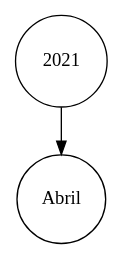
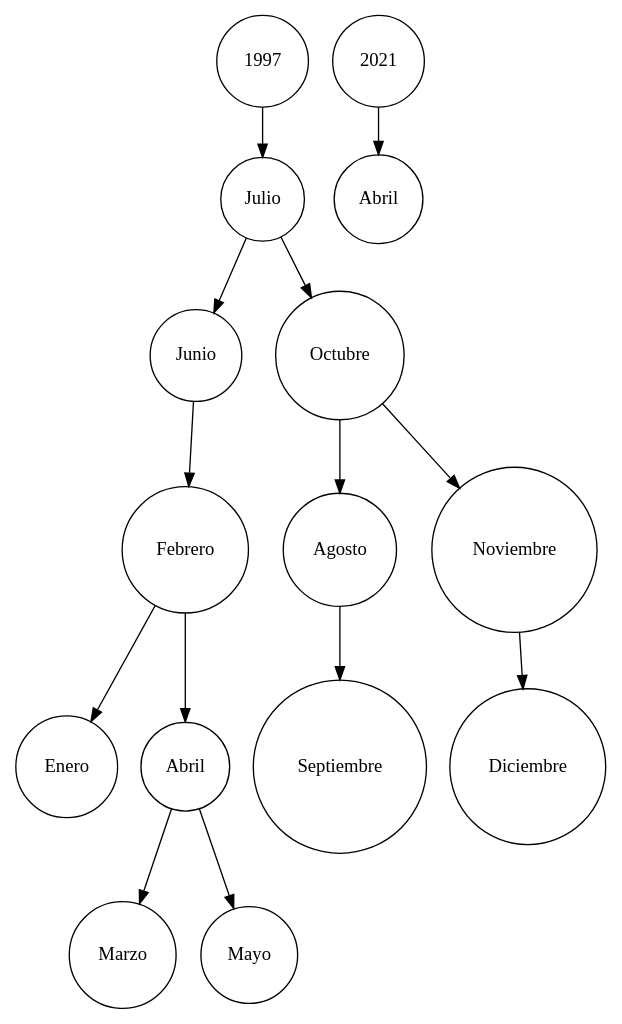
The diagram in Proyecto1/diagramaAVLMeses.dot (DiegoPabloPA/EDD_VirtualMall_201900226), drawn with Graphviz before and after one commit. The commit also changed 29 other files, not shown here.

```diff
--- a/Proyecto1/diagramaAVLMeses.dot
+++ b/Proyecto1/diagramaAVLMeses.dot
@@ -1,9 +1,37 @@
 digraph G{
 node[shape=circle];
-NodoRaiz[label="2021"];
+NodoRaiz[label="1997"];
 subgraph meses{
     style = rounded;
-NodRaiz[label="Abril"];
+NodRaiz[label="Julio"];
+Nodo1[label="Junio"];
+NodRaiz->Nodo1;
+Nodo2[label="Febrero"];
+Nodo1->Nodo2;
+Nodo3[label="Enero"];
+Nodo2->Nodo3;
+Nodo4[label="Abril"];
+Nodo2->Nodo4;
+Nodo5[label="Marzo"];
+Nodo4->Nodo5;
+Nodo6[label="Mayo"];
+Nodo4->Nodo6;
+Nodo7[label="Octubre"];
+NodRaiz->Nodo7;
+Nodo8[label="Agosto"];
+Nodo7->Nodo8;
+Nodo9[label="Septiembre"];
+Nodo8->Nodo9;
+Nodo10[label="Noviembre"];
+Nodo7->Nodo10;
+Nodo11[label="Diciembre"];
+Nodo10->Nodo11;
 
 }NodoRaiz-> NodRaiz [lhead = meses];
+NodoRaiz1[label="2021"];
+subgraph meses1{
+    style = rounded;
+NodRaiz1[label="Abril"];
+
+}NodoRaiz1->NodRaiz1[lhead = meses1];
 }
```
